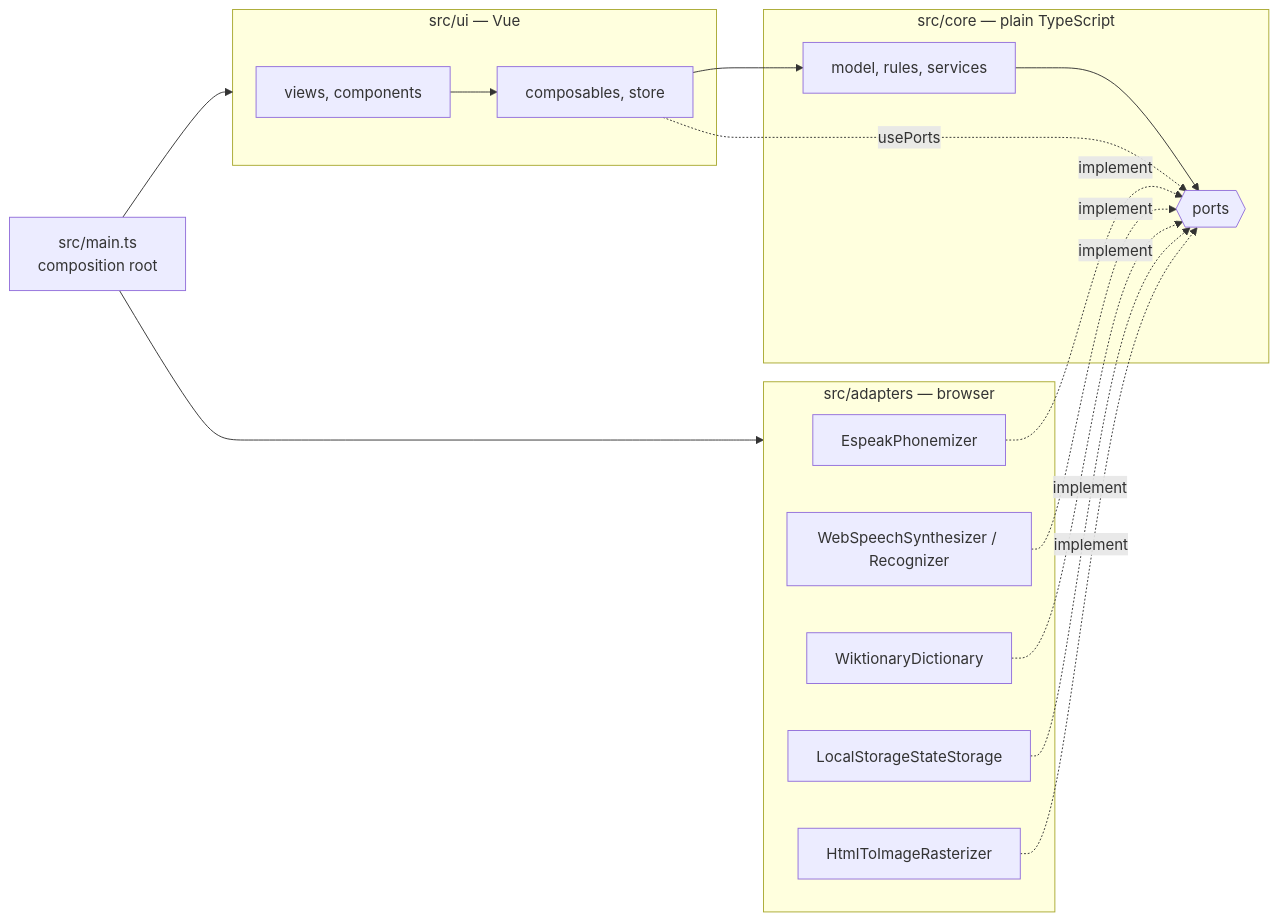
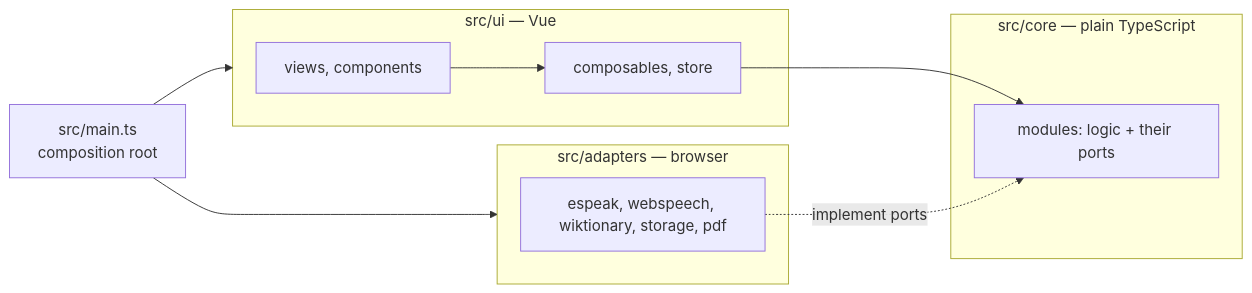
The first of 2 diagrams in README.md (himito/discours), drawn with Mermaid before and after one commit. The commit also changed other lines of this file and 31 other files, not shown here.

First line of the commit message:
refactor: co-locate core ports with their defining modules

````diff
--- a/README.md
+++ b/README.md
@@ -156,23 +157,16 @@
 ```mermaid
 flowchart LR
   subgraph UI["src/ui — Vue"]
     V[views, components] --> C[composables, store]
   end
   subgraph Core["src/core — plain TypeScript"]
-    D[model, rules, services]
-    P{{ports}}
-    D --> P
+    D[modules: logic + their ports]
   end
   subgraph Adapters["src/adapters — browser"]
-    E[EspeakPhonemizer]
-    WS[WebSpeechSynthesizer / Recognizer]
-    WK[WiktionaryDictionary]
-    LS[LocalStorageStateStorage]
-    H[HtmlToImageRasterizer]
+    A[espeak, webspeech, wiktionary, storage, pdf]
   end
   C --> D
-  C -. usePorts .-> P
-  E & WS & WK & LS & H -. implement .-> P
+  A -. implement ports .-> D
   M[src/main.ts<br/>composition root] --> Adapters
   M --> UI
 ```
````
